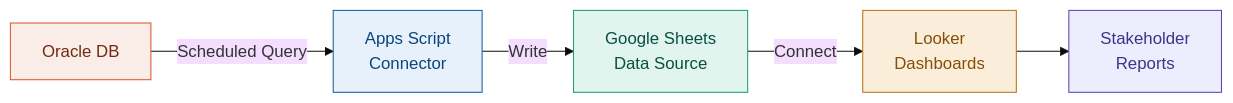
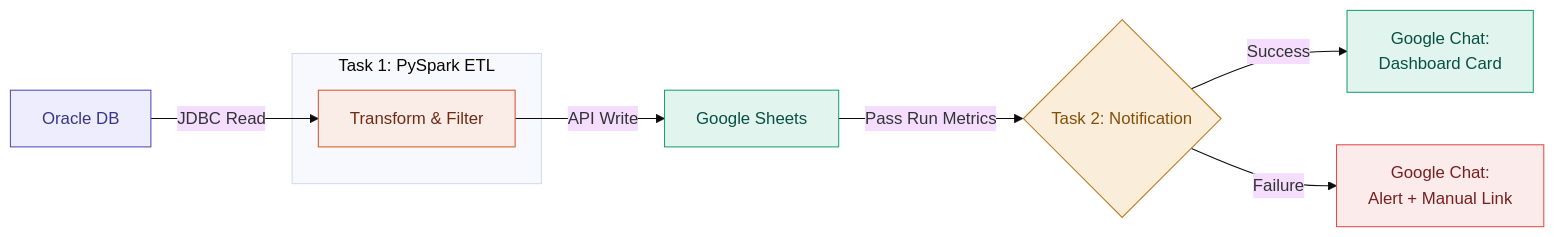
The diagram in docs/projects/oracle-sheets-looker-etl.md (Hari-prasanna/Data-Analytics-engineering-portfolio), drawn with Mermaid (base theme) before and after one commit. The commit also changed other lines of this file and 3 other files, not shown here.

````diff
--- a/docs/projects/oracle-sheets-looker-etl.md
+++ b/docs/projects/oracle-sheets-looker-etl.md
@@ -23,13 +33,20 @@
 ```mermaid
 flowchart LR
-    A[Oracle DB] -->|Scheduled Query| B[Apps Script<br/>Connector]
-    B -->|Write| C[Google Sheets<br/>Data Source]
-    C -->|Connect| D[Looker<br/>Dashboards]
-    D --> E[Stakeholder<br/>Reports]
+    A[Oracle DB] -->|JDBC Read| B
 
-    style A fill:#FAECE7,stroke:#D85A30,color:#712B13
-    style B fill:#E6F1FB,stroke:#185FA5,color:#0C447C
+    subgraph Task 1: PySpark ETL
+    B[Transform & Filter]
+    end
+
+    B -->|API Write| C[Google Sheets]
+    C -->|Pass Run Metrics| D{Task 2: Notification}
+    D -->|Success| E[Google Chat:<br/>Dashboard Card]
+    D -->|Failure| F[Google Chat:<br/>Alert + Manual Link]
+
+    style A fill:#EEEDFE,stroke:#534AB7,color:#3C3489
+    style B fill:#FAECE7,stroke:#D85A30,color:#712B13
     style C fill:#E1F5EE,stroke:#1D9E75,color:#085041
     style D fill:#FAEEDA,stroke:#BA7517,color:#854F0B
-    style E fill:#EEEDFE,stroke:#534AB7,color:#3C3489
+    style E fill:#E1F5EE,stroke:#1D9E75,color:#085041
+    style F fill:#FCEBEB,stroke:#E24B4A,color:#791F1F
 ```
````
